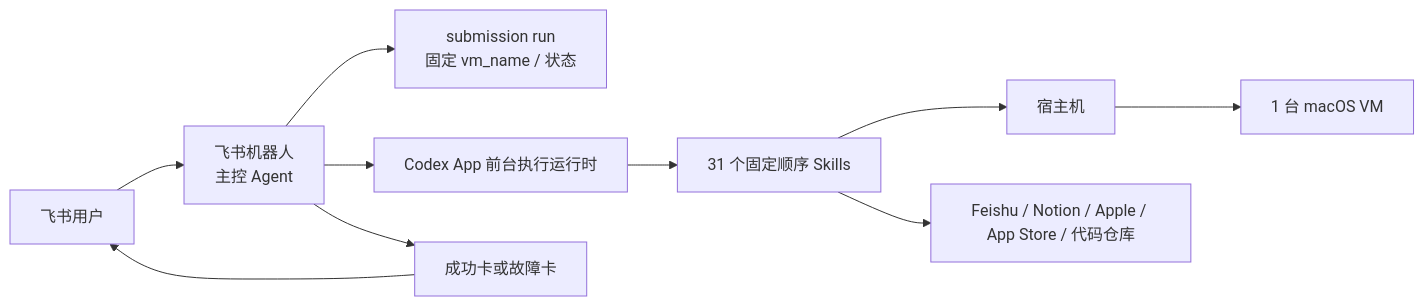
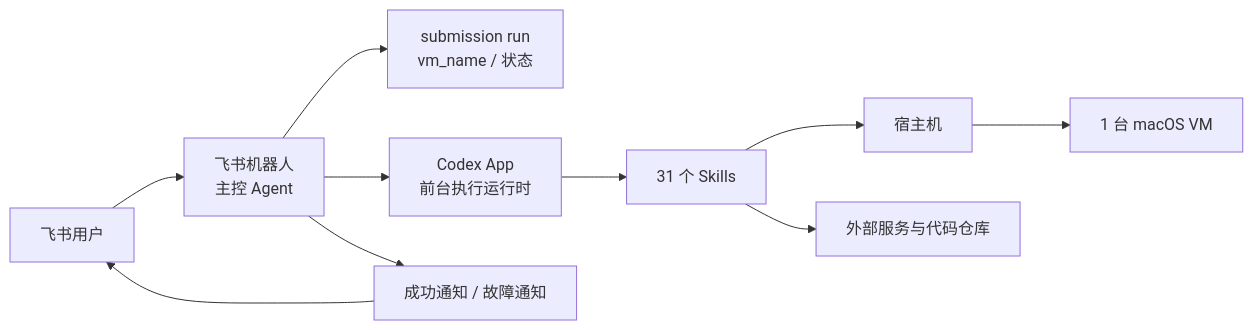
The second of 3 diagrams in docs/project-architecture.md (lbql-yhl/mac-submission-automation), drawn with Mermaid before and after one commit. The commit also changed other lines of this file and 1 other file, not shown here.

Commit message:
docs: simplify project architecture overview

````diff
--- a/docs/project-architecture.md
+++ b/docs/project-architecture.md
@@ -108,12 +49,12 @@
 ```mermaid
 flowchart LR
-    U[飞书用户] --> F[飞书机器人\n主控 Agent]
-    F --> R[submission run\n固定 vm_name / 状态]
-    F --> P[Codex App 前台执行运行时]
-    P --> S[31 个固定顺序 Skills]
+    U[飞书用户] --> F[飞书机器人<br/>主控 Agent]
+    F --> R[submission run<br/>vm_name / 状态]
+    F --> P[Codex App<br/>前台执行运行时]
+    P --> S[31 个 Skills]
     S --> H[宿主机]
     H --> V[1 台 macOS VM]
-    S --> X[Feishu / Notion / Apple / App Store / 代码仓库]
-    F --> N[成功卡或故障卡]
+    S --> X[外部服务与代码仓库]
+    F --> N[成功通知 / 故障通知]
     N --> U
 ```
````
